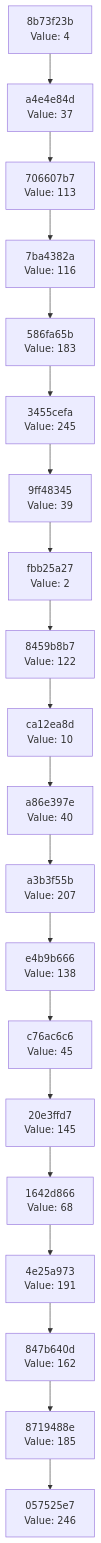
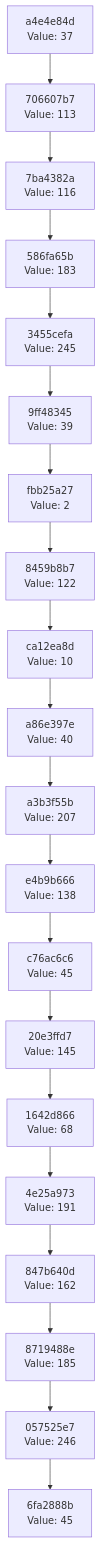
Before and after one commit to Abhisheksinha1506/hash-chain-evolver: the diagram in docs/CHAIN_VISUALIZATION.md, drawn with Mermaid. The commit also changed 2 other files, not shown here.

Commit message:
Evolution Step

````diff
--- a/docs/CHAIN_VISUALIZATION.md
+++ b/docs/CHAIN_VISUALIZATION.md
@@ -3,42 +3,42 @@
 ```mermaid
 graph TD
-    C0["057525e7<br/>Value: 246"]
-    C1["8719488e<br/>Value: 185"]
+    C0["6fa2888b<br/>Value: 45"]
+    C1["057525e7<br/>Value: 246"]
     C1 --> C0
-    C2["847b640d<br/>Value: 162"]
+    C2["8719488e<br/>Value: 185"]
     C2 --> C1
-    C3["4e25a973<br/>Value: 191"]
+    C3["847b640d<br/>Value: 162"]
     C3 --> C2
-    C4["1642d866<br/>Value: 68"]
+    C4["4e25a973<br/>Value: 191"]
     C4 --> C3
-    C5["20e3ffd7<br/>Value: 145"]
+    C5["1642d866<br/>Value: 68"]
     C5 --> C4
-    C6["c76ac6c6<br/>Value: 45"]
+    C6["20e3ffd7<br/>Value: 145"]
     C6 --> C5
-    C7["e4b9b666<br/>Value: 138"]
+    C7["c76ac6c6<br/>Value: 45"]
     C7 --> C6
-    C8["a3b3f55b<br/>Value: 207"]
+    C8["e4b9b666<br/>Value: 138"]
     C8 --> C7
-    C9["a86e397e<br/>Value: 40"]
+    C9["a3b3f55b<br/>Value: 207"]
     C9 --> C8
-    C10["ca12ea8d<br/>Value: 10"]
+    C10["a86e397e<br/>Value: 40"]
     C10 --> C9
-    C11["8459b8b7<br/>Value: 122"]
+    C11["ca12ea8d<br/>Value: 10"]
     C11 --> C10
-    C12["fbb25a27<br/>Value: 2"]
+    C12["8459b8b7<br/>Value: 122"]
     C12 --> C11
-    C13["9ff48345<br/>Value: 39"]
+    C13["fbb25a27<br/>Value: 2"]
     C13 --> C12
-    C14["3455cefa<br/>Value: 245"]
+    C14["9ff48345<br/>Value: 39"]
     C14 --> C13
-    C15["586fa65b<br/>Value: 183"]
+    C15["3455cefa<br/>Value: 245"]
     C15 --> C14
-    C16["7ba4382a<br/>Value: 116"]
+    C16["586fa65b<br/>Value: 183"]
     C16 --> C15
-    C17["706607b7<br/>Value: 113"]
+    C17["7ba4382a<br/>Value: 116"]
     C17 --> C16
-    C18["a4e4e84d<br/>Value: 37"]
+    C18["706607b7<br/>Value: 113"]
     C18 --> C17
-    C19["8b73f23b<br/>Value: 4"]
+    C19["a4e4e84d<br/>Value: 37"]
     C19 --> C18
 ```
````
